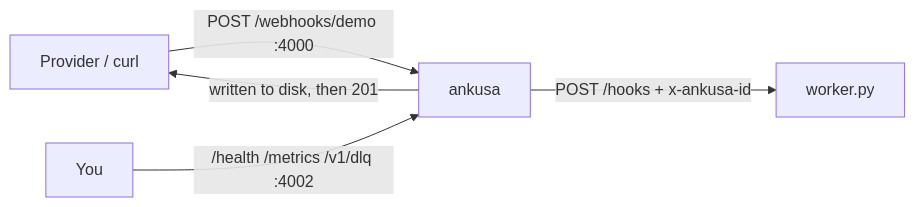
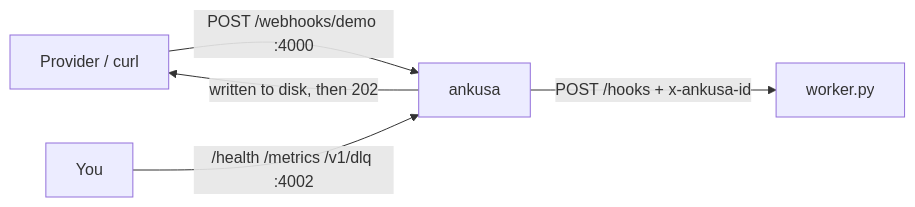
Before and after one commit to jamescarr/ankusa: the diagram in docs/quickstart.md, drawn with Mermaid. The commit also changed other lines of this file and 23 other files, not shown here.

````diff
--- a/docs/quickstart.md
+++ b/docs/quickstart.md
@@ -14,7 +14,7 @@
 ```mermaid
 flowchart LR
     P[Provider / curl] -->|POST /webhooks/demo :4000| A[ankusa]
-    A -->|written to disk, then 201| P
+    A -->|written to disk, then 202| P
     A -->|POST /hooks + x-ankusa-id| W[worker.py]
     O[You] -->|/health /metrics /v1/dlq :4002| A
 ```
````
